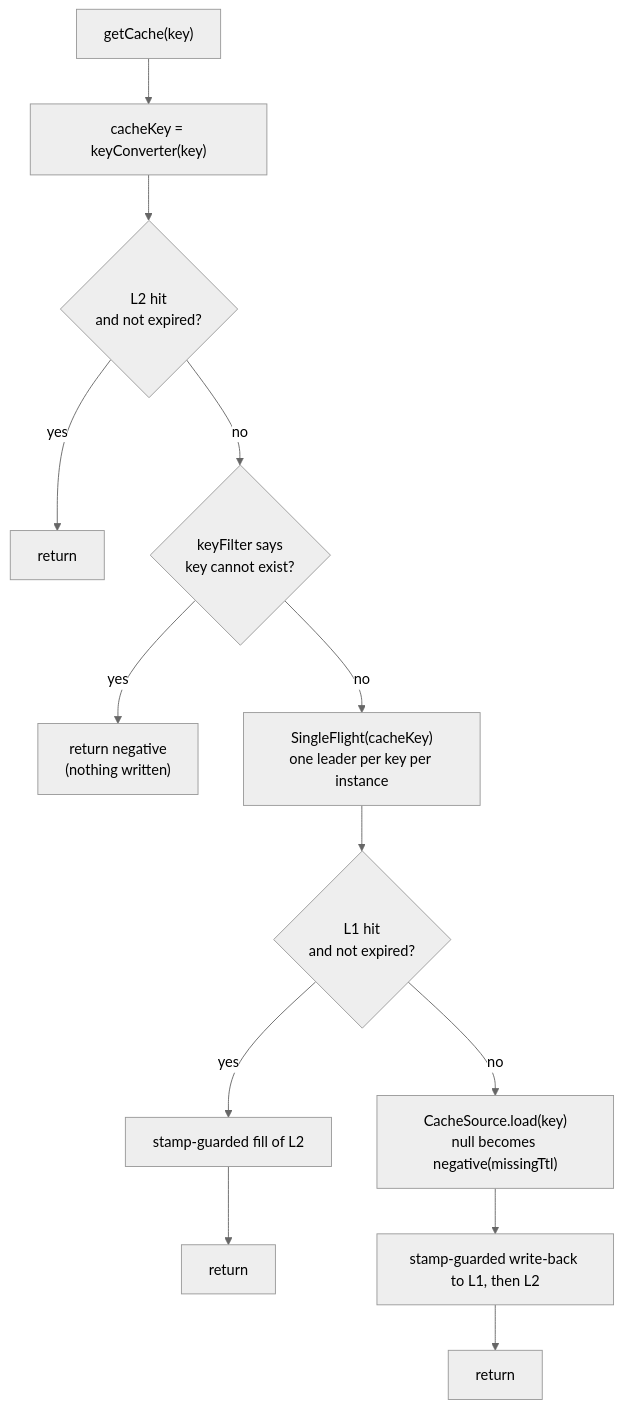
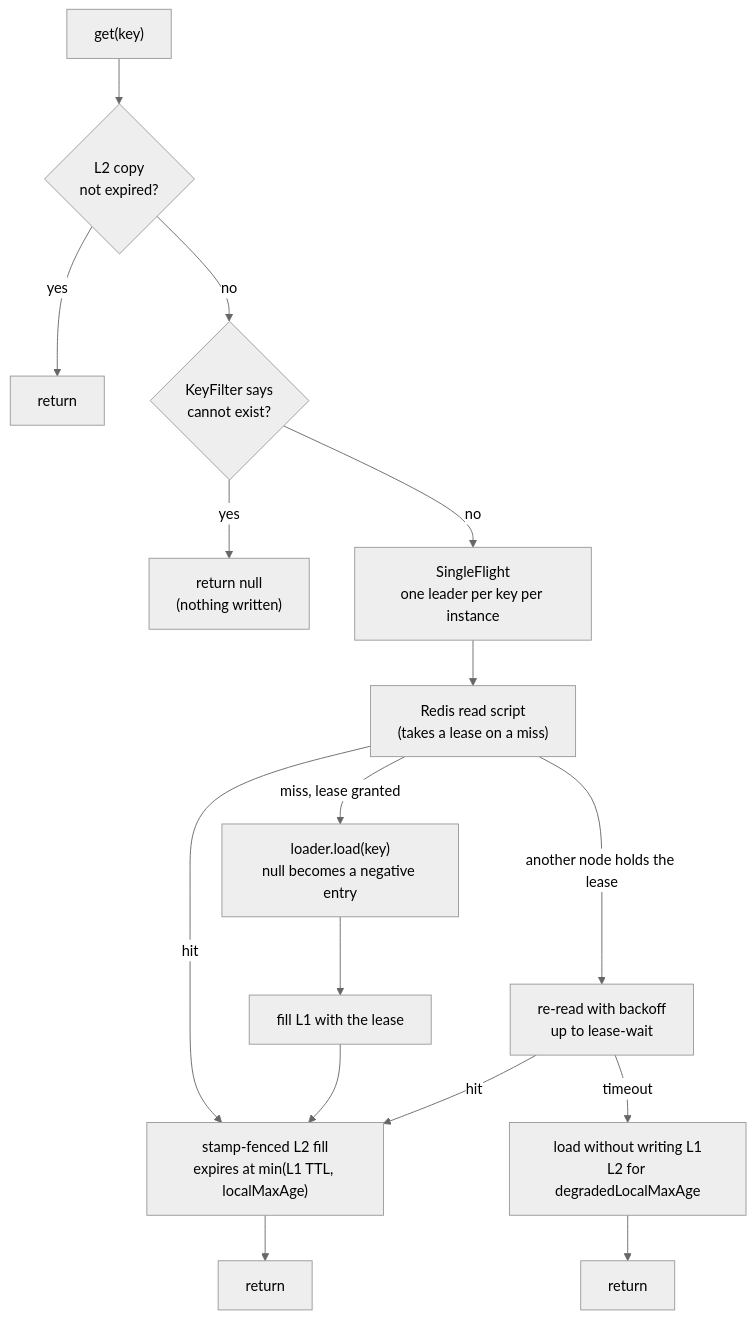
One commit to Ahoo-Wang/CoCache changed the diagram in wiki/architecture/consistency.md. Above: the diagram before and after it, drawn with Mermaid (neutral theme). The commit also changed other lines of this file and 23 other files, not shown here.

````diff
--- a/wiki/architecture/consistency.md
+++ b/wiki/architecture/consistency.md
@@ -12,13 +29,15 @@
 ```mermaid
 flowchart TD
-    G["getCache(key)"] --> K["cacheKey = keyConverter(key)"]
-    K --> L2{"L2 hit<br>and not expired?"}
+    G["get(key)"] --> L2{"L2 copy<br>not expired?"}
     L2 -- yes --> R1["return"]
-    L2 -- no --> F{"keyFilter says<br>key cannot exist?"}
-    F -- yes --> R2["return negative<br>(nothing written)"]
-    F -- no --> SF["SingleFlight(cacheKey)<br>one leader per key per instance"]
-    SF --> L1{"L1 hit<br>and not expired?"}
-    L1 -- yes --> FILL["stamp-guarded fill of L2"] --> R3["return"]
-    L1 -- no --> SRC["CacheSource.load(key)<br>null becomes negative(missingTtl)"]
-    SRC --> WB["stamp-guarded write-back to L1, then L2"] --> R4["return"]
+    L2 -- no --> F{"KeyFilter says<br>cannot exist?"}
+    F -- yes --> R2["return null<br>(nothing written)"]
+    F -- no --> SF["SingleFlight<br>one leader per key per instance"]
+    SF --> RD["Redis read script<br>(takes a lease on a miss)"]
+    RD -- hit --> FL["stamp-fenced L2 fill<br>expires at min(L1 TTL, localMaxAge)"] --> R3["return"]
+    RD -- "miss, lease granted" --> LD["loader.load(key)<br>null becomes a negative entry"]
+    LD --> FI["fill L1 with the lease"] --> FL
+    RD -- "another node holds the lease" --> W["re-read with backoff<br>up to lease-wait"]
+    W -- hit --> FL
+    W -- timeout --> BY["load without writing L1<br>L2 for degradedLocalMaxAge"] --> R4["return"]
 ```
````
